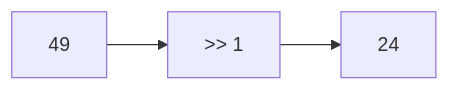
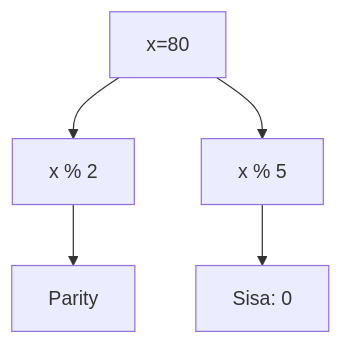
Before and after one commit to amnahwaida/OSNK_INF_PREP: the third of 25 diagrams in part-c-pemahaman-cpp/06-bitwise/latihan/set-01.md, drawn with Mermaid. The commit also changed other lines of this file and 71 other files, not shown here.

````diff
--- a/part-c-pemahaman-cpp/06-bitwise/latihan/set-01.md
+++ b/part-c-pemahaman-cpp/06-bitwise/latihan/set-01.md
@@ -77,5 +81,7 @@
 ```mermaid
-graph LR
-    A[49] --> B[">> 1"]
-    B --> C[24]
+graph TD
+A[x=80] --> B[x % 2]
+B --> C[Parity]
+A --> D[x % 5]
+D --> E[Sisa: 0]
 ```
````
